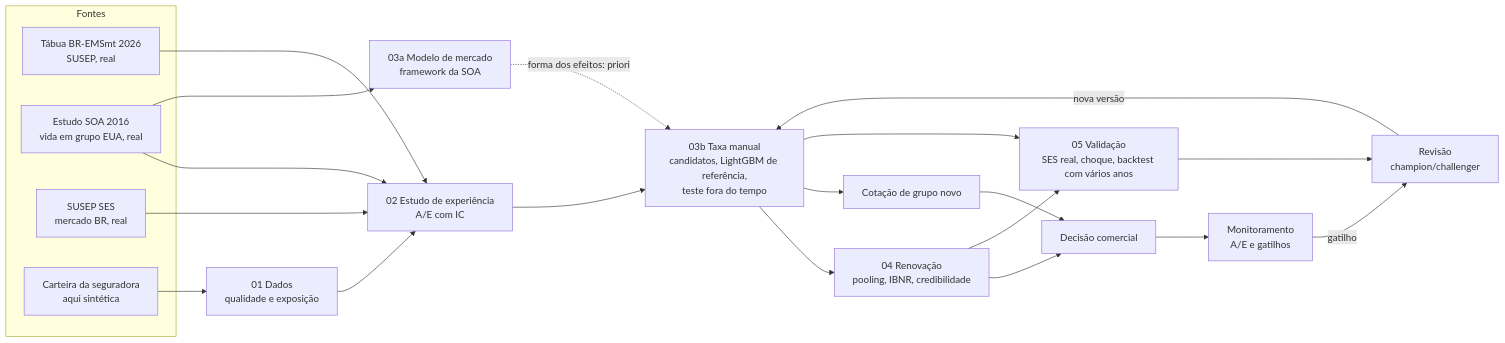
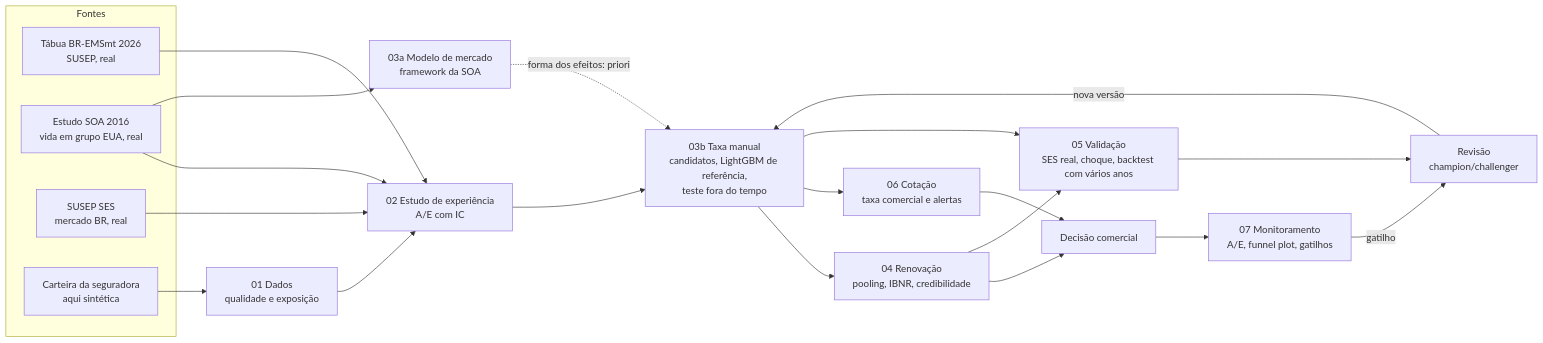
The diagram in README.md (arthurpmotta02/vida-grupo-pricing), drawn with Mermaid before and after one commit. The commit also changed other lines of this file and 17 other files, not shown here.

Commit message:
Cotação, monitoramento com gatilhos, relatório Quarto e governança

````diff
--- a/README.md
+++ b/README.md
@@ -9,27 +9,27 @@
 ```mermaid
 flowchart LR
   subgraph F[Fontes]
     T[Tábua BR-EMSmt 2026<br/>SUSEP, real]
     SOA[Estudo SOA 2016<br/>vida em grupo EUA, real]
     SES[SUSEP SES<br/>mercado BR, real]
     C[Carteira da seguradora<br/>aqui sintética]
   end
   C --> D[01 Dados<br/>qualidade e exposição]
   D --> E[02 Estudo de experiência<br/>A/E com IC]
   T --> E
   SOA --> E
   SES --> E
   SOA --> MS[03a Modelo de mercado<br/>framework da SOA]
   MS -. forma dos efeitos: priori .-> M
   E --> M[03b Taxa manual<br/>candidatos, LightGBM de referência,<br/>teste fora do tempo]
   M --> R[04 Renovação<br/>pooling, IBNR, credibilidade]
-  M --> COT[Cotação de grupo novo]
+  M --> COT2[06 Cotação<br/>taxa comercial e alertas]
   R --> DEC[Decisão comercial]
-  COT --> DEC
+  COT2 --> DEC
   R --> V[05 Validação<br/>SES real, choque, backtest com vários anos]
   M --> V
-  DEC --> MON[Monitoramento<br/>A/E e gatilhos]
+  DEC --> MON[07 Monitoramento<br/>A/E, funnel plot, gatilhos]
   MON -- gatilho --> REV[Revisão<br/>champion/challenger]
   V --> REV
   REV -- nova versão --> M
 ```
````
